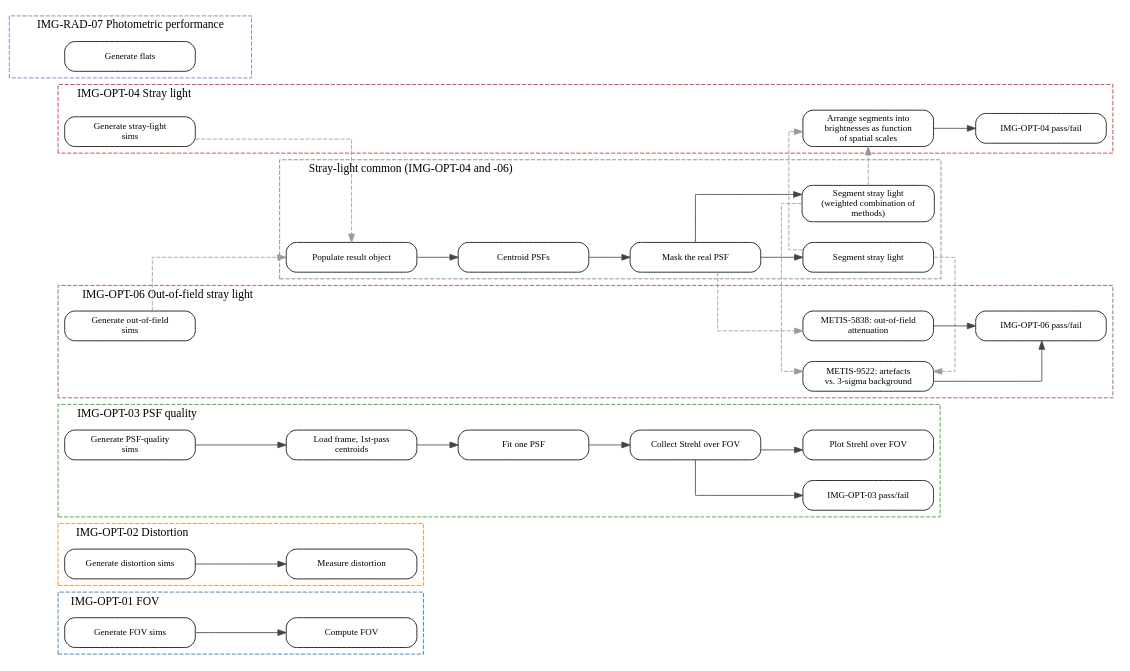
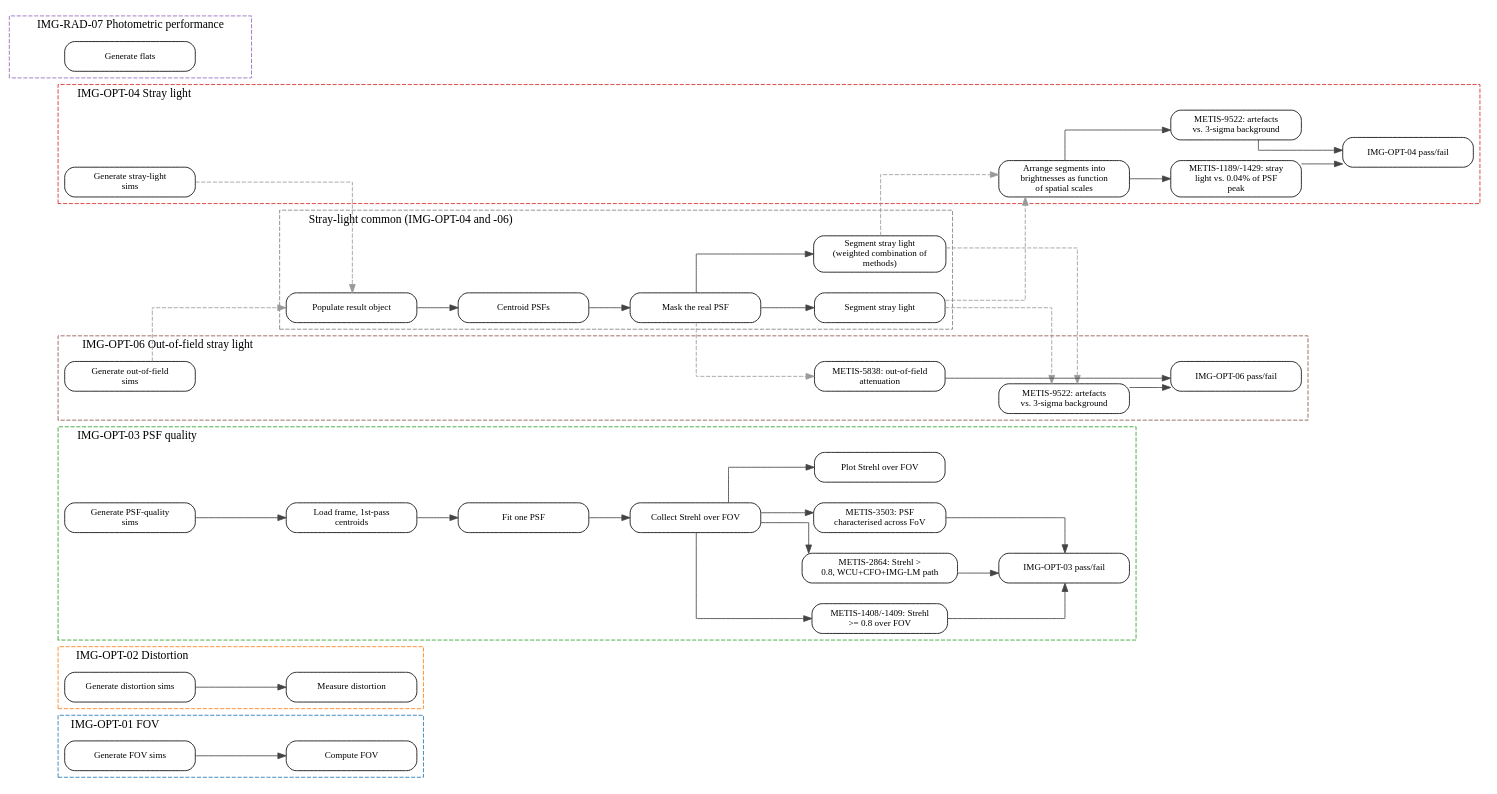
One commit to mwanakijiji/metis_work changed the diagram in docs/uml/pipeline_flow.dot. Above: the diagram before and after it, drawn with Graphviz. The commit also changed 7 other files, not shown here.

```diff
--- a/docs/uml/pipeline_flow.dot
+++ b/docs/uml/pipeline_flow.dot
@@ -1,151 +1,174 @@
 digraph pipeline {
   rankdir=LR;
   newrank=true;
   splines=ortho;
   nodesep=0.35;
   ranksep=0.7;
   node [shape=box, style="rounded,filled", fillcolor="white", width=2.2, fontsize=11];
   edge [color="#444444"];
 
   subgraph cluster_img_opt_01_fov {
     label="IMG-OPT-01 FOV";
     labeljust=l;
     style="dashed";
     color="#1f77b4";
     generate_fov_sim;
     fov_calc;
   }
 
   subgraph cluster_img_opt_02_distortion {
     label="IMG-OPT-02 Distortion";
     labeljust=l;
     style="dashed";
     color="#ff7f0e";
     generate_distortion_sim;
     image_distortion;
   }
 
   subgraph cluster_img_opt_03_psf_quality {
     label="IMG-OPT-03 PSF quality";
     labeljust=l;
     style="dashed";
     color="#2ca02c";
     generate_psf_quality_sim;
     prepare_psf_grid;
     process_one_psf;
     collect_strehls;
     plot_strehl_fov;
+    img_03_metis_1408_1409_check;
+    img_03_metis_2864_check;
+    img_03_metis_3503_check;
     img_03_test_outcome;
   }
 
   subgraph cluster_img_opt_04_stray_light {
     label="IMG-OPT-04 Stray light";
     labeljust=l;
     style="dashed";
     color="#d62728";
     generate_stray_light_sim;
     stray_light_brightness_spectrum;
+    img_04_metis_1189_1429_check;
+    img_04_metis_9522_check;
     img_04_test_outcome;
   }
 
   subgraph cluster_stray_light_common_img_opt_04_and__06 {
     label="Stray-light common (IMG-OPT-04 and -06)";
     labeljust=l;
     style="dashed";
     color="#7f7f7f";
     populate_result_obj_info;
     centroid_2passes_oversample;
     stray_light_mask_real;
     stray_light_segmentation;
     stray_light_segmentation_combined;
   }
 
   subgraph cluster_img_opt_06_out_of_field_stray_light {
     label="IMG-OPT-06 Out-of-field stray light";
     labeljust=l;
     style="dashed";
     color="#8c564b";
     generate_out_of_field_sim;
     metis_5838_attenuation;
     metis_9522_check;
     img_06_test_outcome;
   }
 
   subgraph cluster_img_rad_07_photometric_performance {
     label="IMG-RAD-07 Photometric performance";
     labeljust=l;
     style="dashed";
     color="#9467bd";
     make_flat_frames;
   }
 
   generate_fov_sim [label="Generate FOV sims"];
   generate_distortion_sim [label="Generate distortion sims"];
   generate_psf_quality_sim [label="Generate PSF-quality\nsims"];
   generate_stray_light_sim [label="Generate stray-light\nsims"];
   generate_out_of_field_sim [label="Generate out-of-field\nsims"];
   make_flat_frames [label="Generate flats"];
   fov_calc [label="Compute FOV"];
   image_distortion [label="Measure distortion"];
   prepare_psf_grid [label="Load frame, 1st-pass\ncentroids"];
   process_one_psf [label="Fit one PSF"];
   collect_strehls [label="Collect Strehl over FOV"];
   plot_strehl_fov [label="Plot Strehl over FOV"];
+  img_03_metis_1408_1409_check [label="METIS-1408/-1409: Strehl\n>= 0.8 over FOV"];
+  img_03_metis_2864_check [label="METIS-2864: Strehl >\n0.8, WCU+CFO+IMG-LM path"];
+  img_03_metis_3503_check [label="METIS-3503: PSF\ncharacterised across FoV"];
   img_03_test_outcome [label="IMG-OPT-03 pass/fail"];
   stray_light_brightness_spectrum [label="Arrange segments into\nbrightnesses as function\nof spatial scales"];
+  img_04_metis_1189_1429_check [label="METIS-1189/-1429: stray\nlight vs. 0.04% of PSF\npeak"];
+  img_04_metis_9522_check [label="METIS-9522: artefacts\nvs. 3-sigma background"];
   img_04_test_outcome [label="IMG-OPT-04 pass/fail"];
   metis_5838_attenuation [label="METIS-5838: out-of-field\nattenuation"];
   metis_9522_check [label="METIS-9522: artefacts\nvs. 3-sigma background"];
   img_06_test_outcome [label="IMG-OPT-06 pass/fail"];
   populate_result_obj_info [label="Populate result object"];
   centroid_2passes_oversample [label="Centroid PSFs"];
   stray_light_mask_real [label="Mask the real PSF"];
   stray_light_segmentation [label="Segment stray light"];
   stray_light_segmentation_combined [label="Segment stray light\n(weighted combination of\nmethods)"];
 
   { rank=same; generate_fov_sim; generate_distortion_sim; generate_psf_quality_sim; generate_stray_light_sim; generate_out_of_field_sim; make_flat_frames; }
   generate_fov_sim -> generate_distortion_sim [style=invis];
   generate_distortion_sim -> generate_psf_quality_sim [style=invis];
   generate_psf_quality_sim -> generate_stray_light_sim [style=invis];
   generate_stray_light_sim -> generate_out_of_field_sim [style=invis];
   generate_out_of_field_sim -> make_flat_frames [style=invis];
   { rank=same; fov_calc; image_distortion; prepare_psf_grid; populate_result_obj_info; }
   fov_calc -> image_distortion [style=invis];
   image_distortion -> prepare_psf_grid [style=invis];
   prepare_psf_grid -> populate_result_obj_info [style=invis];
   { rank=same; process_one_psf; centroid_2passes_oversample; }
   process_one_psf -> centroid_2passes_oversample [style=invis];
   { rank=same; collect_strehls; stray_light_mask_real; }
   collect_strehls -> stray_light_mask_real [style=invis];
-  { rank=same; img_03_test_outcome; plot_strehl_fov; stray_light_segmentation; stray_light_segmentation_combined; metis_5838_attenuation; }
-  img_03_test_outcome -> plot_strehl_fov [style=invis];
+  { rank=same; img_03_metis_1408_1409_check; img_03_metis_2864_check; img_03_metis_3503_check; plot_strehl_fov; stray_light_segmentation; stray_light_segmentation_combined; metis_5838_attenuation; }
+  img_03_metis_1408_1409_check -> img_03_metis_2864_check [style=invis];
+  img_03_metis_2864_check -> img_03_metis_3503_check [style=invis];
+  img_03_metis_3503_check -> plot_strehl_fov [style=invis];
   plot_strehl_fov -> stray_light_segmentation [style=invis];
   stray_light_segmentation -> stray_light_segmentation_combined [style=invis];
   stray_light_segmentation_combined -> metis_5838_attenuation [style=invis];
-  { rank=same; stray_light_brightness_spectrum; metis_9522_check; }
+  { rank=same; img_03_test_outcome; stray_light_brightness_spectrum; metis_9522_check; }
+  img_03_test_outcome -> stray_light_brightness_spectrum [style=invis];
   stray_light_brightness_spectrum -> metis_9522_check [style=invis];
-  { rank=same; img_04_test_outcome; img_06_test_outcome; }
-  img_04_test_outcome -> img_06_test_outcome [style=invis];
+  { rank=same; img_04_metis_1189_1429_check; img_04_metis_9522_check; img_06_test_outcome; }
+  img_04_metis_1189_1429_check -> img_04_metis_9522_check [style=invis];
+  img_04_metis_9522_check -> img_06_test_outcome [style=invis];
+  { rank=same; img_04_test_outcome; }
 
   generate_fov_sim -> fov_calc [weight=10];
   generate_distortion_sim -> image_distortion [weight=10];
   generate_psf_quality_sim -> prepare_psf_grid [weight=10];
   prepare_psf_grid -> process_one_psf [weight=10];
   process_one_psf -> collect_strehls [weight=10];
   collect_strehls -> plot_strehl_fov [weight=10];
-  collect_strehls -> img_03_test_outcome [weight=10];
+  collect_strehls -> img_03_metis_1408_1409_check [weight=10];
+  collect_strehls -> img_03_metis_2864_check [weight=10];
+  collect_strehls -> img_03_metis_3503_check [weight=10];
+  img_03_metis_1408_1409_check -> img_03_test_outcome [weight=10];
+  img_03_metis_2864_check -> img_03_test_outcome [weight=10];
+  img_03_metis_3503_check -> img_03_test_outcome [weight=10];
   stray_light_segmentation -> stray_light_brightness_spectrum [style=dashed, color="#999999", constraint=false];
   stray_light_segmentation_combined -> stray_light_brightness_spectrum [style=dashed, color="#999999", constraint=false];
-  stray_light_brightness_spectrum -> img_04_test_outcome [weight=10];
+  stray_light_brightness_spectrum -> img_04_metis_1189_1429_check [weight=10];
+  stray_light_brightness_spectrum -> img_04_metis_9522_check [weight=10];
+  img_04_metis_1189_1429_check -> img_04_test_outcome [weight=10];
+  img_04_metis_9522_check -> img_04_test_outcome [weight=10];
   stray_light_mask_real -> metis_5838_attenuation [style=dashed, color="#999999", constraint=false];
   stray_light_segmentation -> metis_9522_check [style=dashed, color="#999999", constraint=false];
   stray_light_segmentation_combined -> metis_9522_check [style=dashed, color="#999999", constraint=false];
   metis_5838_attenuation -> img_06_test_outcome [weight=10];
   metis_9522_check -> img_06_test_outcome [weight=10];
   generate_stray_light_sim -> populate_result_obj_info [style=dashed, color="#999999", constraint=false];
   generate_out_of_field_sim -> populate_result_obj_info [style=dashed, color="#999999", constraint=false];
   populate_result_obj_info -> centroid_2passes_oversample [weight=10];
   centroid_2passes_oversample -> stray_light_mask_real [weight=10];
   stray_light_mask_real -> stray_light_segmentation [weight=10];
   stray_light_mask_real -> stray_light_segmentation_combined [weight=10];
 }
```
